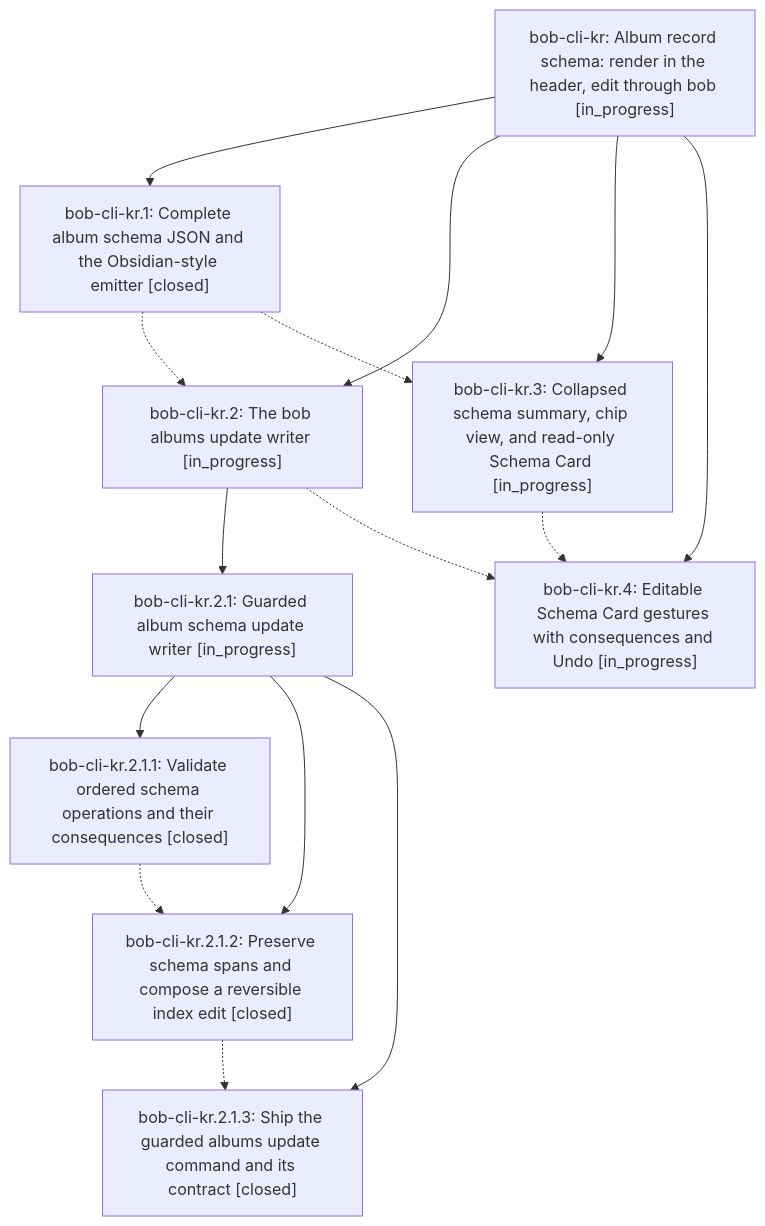
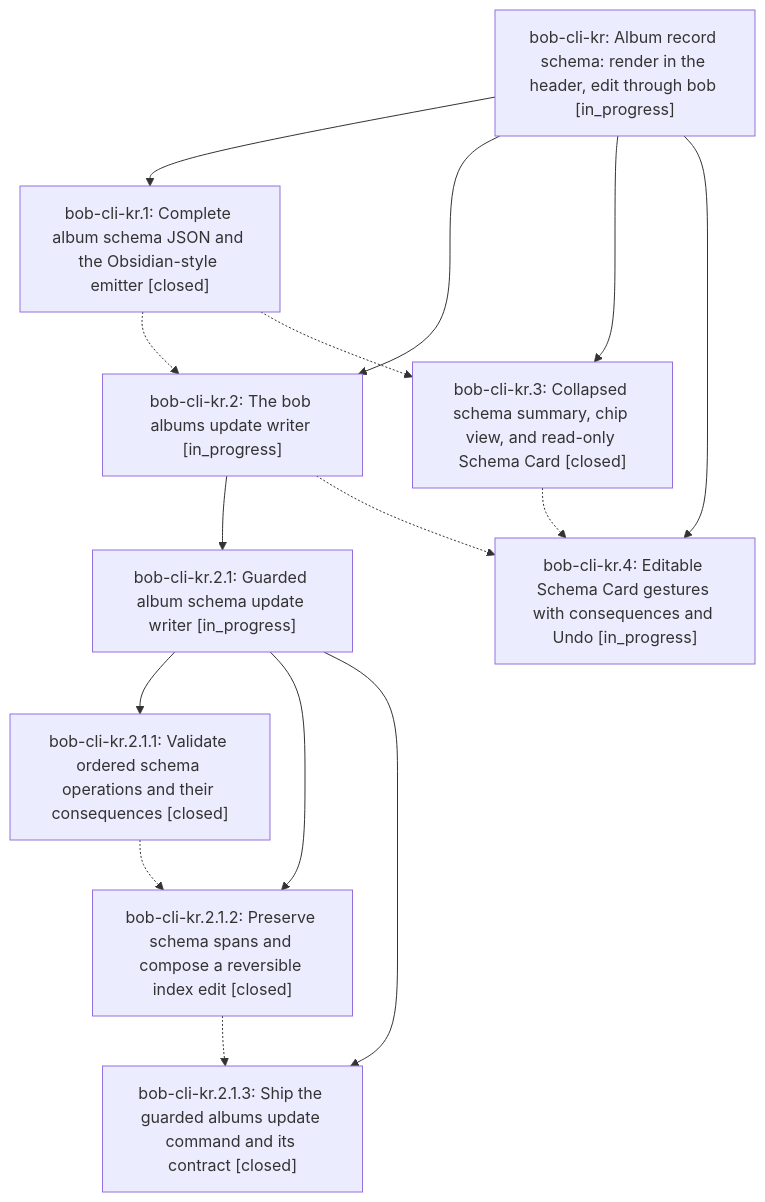
One commit to bobs-org/bob-cli--beads changed the diagram in pages/bob-cli-kr/README.md. Above: the diagram before and after it, drawn with Mermaid. The commit also changed other lines of this file and 6 other files, not shown here.

First line of the commit message:
chore(beads): sync bead state and pages for bob-cli-kr

````diff
--- a/pages/bob-cli-kr/README.md
+++ b/pages/bob-cli-kr/README.md
@@ -45,26 +45,26 @@
 ```mermaid
 flowchart TD
     n0["bob-cli-kr: Album record schema: render in the header, edit through bob [in_progress]"]
     n1["bob-cli-kr.1: Complete album schema JSON and the Obsidian-style emitter [closed]"]
     n2["bob-cli-kr.2: The bob albums update writer [in_progress]"]
     n3["bob-cli-kr.2.1: Guarded album schema update writer [in_progress]"]
     n4["bob-cli-kr.2.1.1: Validate ordered schema operations and their consequences [closed]"]
     n5["bob-cli-kr.2.1.2: Preserve schema spans and compose a reversible index edit [closed]"]
     n6["bob-cli-kr.2.1.3: Ship the guarded albums update command and its contract [closed]"]
-    n7["bob-cli-kr.3: Collapsed schema summary, chip view, and read-only Schema Card [in_progress]"]
+    n7["bob-cli-kr.3: Collapsed schema summary, chip view, and read-only Schema Card [closed]"]
     n8["bob-cli-kr.4: Editable Schema Card gestures with consequences and Undo [in_progress]"]
     n0 --> n1
     n0 --> n2
     n2 --> n3
     n3 --> n4
     n3 --> n5
     n3 --> n6
     n0 --> n7
     n0 --> n8
     n1 -.-> n2
     n1 -.-> n7
     n2 -.-> n8
     n4 -.-> n5
     n5 -.-> n6
     n7 -.-> n8
 ```
````
